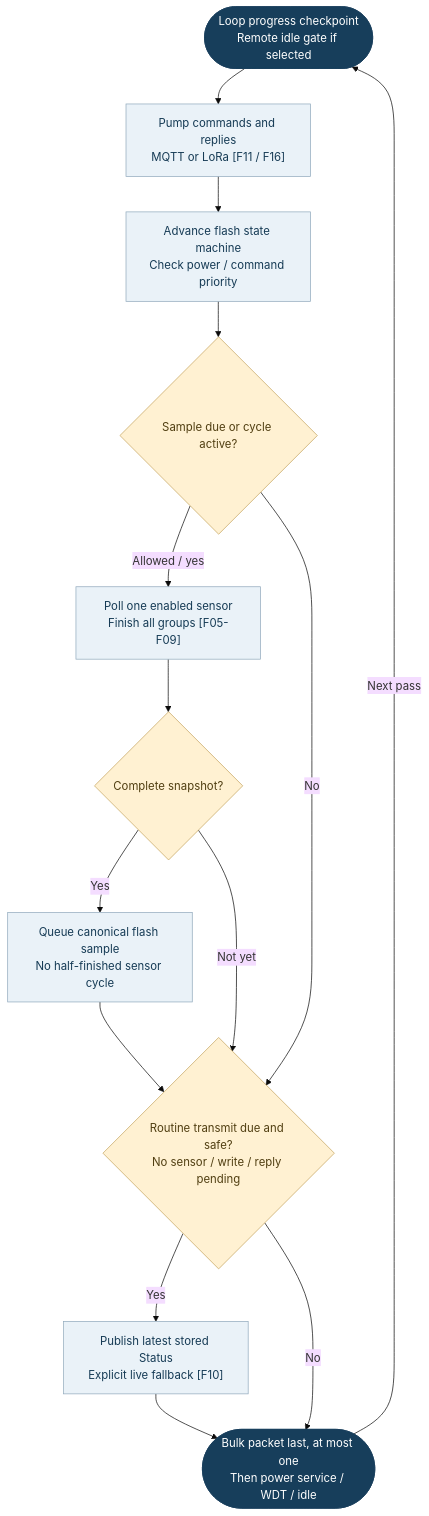
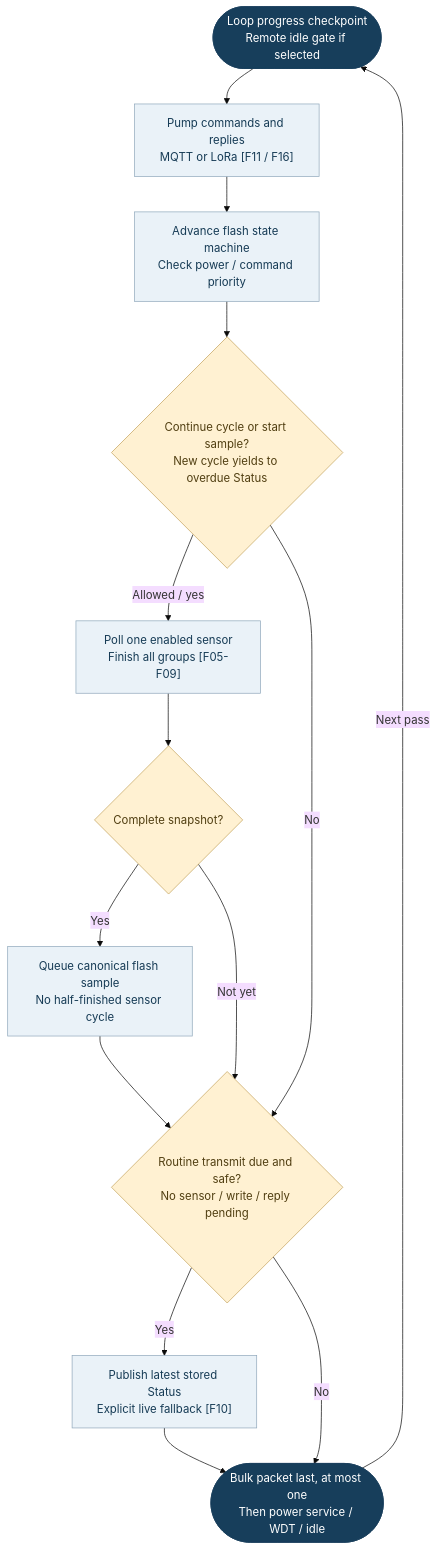
Before and after one commit to SelimEldreeny111/EgSA_IOT: the diagram in Documentation/Flowcharts/source/F04_sensor_node_cooperative_main_loop.mmd, drawn with Mermaid (base theme). The commit also changed 33 other files, not shown here.

First line of the commit message:
docs: refresh Word design and editable architecture diagrams

```diff
--- a/Documentation/Flowcharts/source/F04_sensor_node_cooperative_main_loop.mmd
+++ b/Documentation/Flowcharts/source/F04_sensor_node_cooperative_main_loop.mmd
@@ -1,30 +1,30 @@
 flowchart TD
   a(["Loop progress checkpoint<br/>Remote idle gate if selected"]):::term
   b["Pump commands and replies<br/>MQTT or LoRa [F11 / F16]"]:::proc
   c["Advance flash state machine<br/>Check power / command priority"]:::proc
-  d{"Sample due or cycle active?"}:::dec
+  d{"Continue cycle or start sample?<br/>New cycle yields to overdue Status"}:::dec
   e["Poll one enabled sensor<br/>Finish all groups [F05-F09]"]:::proc
   f{"Complete snapshot?"}:::dec
   g["Queue canonical flash sample<br/>No half-finished sensor cycle"]:::proc
   h{"Routine transmit due and safe?<br/>No sensor / write / reply pending"}:::dec
   i["Publish latest stored Status<br/>Explicit live fallback [F10]"]:::proc
   j(["Bulk packet last, at most one<br/>Then power service / WDT / idle"]):::term
   a --> b
   b --> c
   c --> d
   d -->|Allowed / yes| e
   e --> f
   f -->|Yes| g
   f -->|Not yet| h
   d -->|No| h
   g --> h
   h -->|Yes| i
   h -->|No| j
   i --> j
   j -->|Next pass| a
   classDef term fill:#173E5B,color:white,stroke:#173E5B
   classDef proc fill:#EAF2F8,color:#163B55,stroke:#91A9BC
   classDef dec fill:#FFF1D2,color:#513F12,stroke:#C4A35E
   classDef db fill:#E1F2ED,color:#214B43,stroke:#7DA89B
   classDef bad fill:#FBE9E9,color:#733C3C,stroke:#C49393
   classDef ref fill:#EEEAF8,color:#4B416D,stroke:#A69BC7
```
